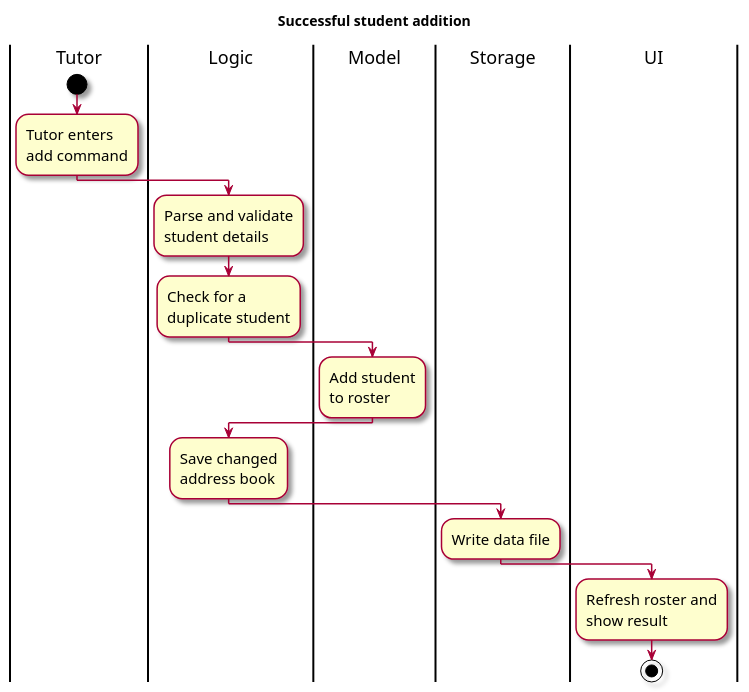
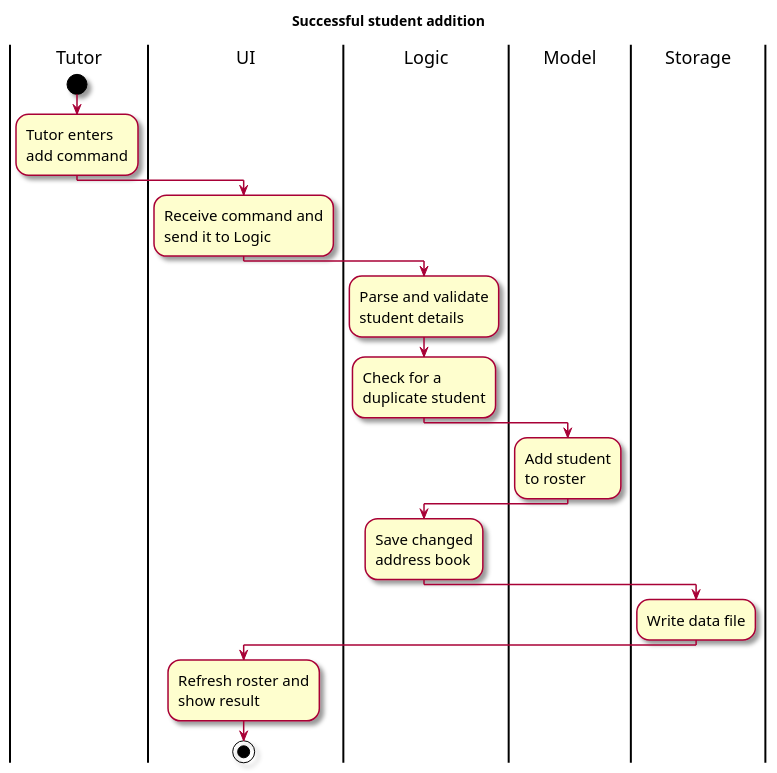
One commit to AY2627S1-CS2103T-F09-1/tp changed the diagram in docs/diagrams/AddStudentActivityDiagram.puml. Above: the diagram before and after it, drawn with PlantUML. The commit also changed 1 other file, not shown here.

Commit message:
Show UI forwarding the add command

```diff
--- a/docs/diagrams/AddStudentActivityDiagram.puml
+++ b/docs/diagrams/AddStudentActivityDiagram.puml
@@ -1,29 +1,32 @@
 @startuml
 skin rose
 skinparam ActivityFontSize 15
 skinparam ArrowFontSize 12
 
 title Successful student addition
 
 |Tutor|
 start
 :Tutor enters
 add command;
+|UI|
+:Receive command and
+send it to Logic;
 |Logic|
 :Parse and validate
 student details;
 :Check for a
 duplicate student;
 |Model|
 :Add student
 to roster;
 |Logic|
 :Save changed
 address book;
 |Storage|
 :Write data file;
 |UI|
 :Refresh roster and
 show result;
 stop
 @enduml
```
